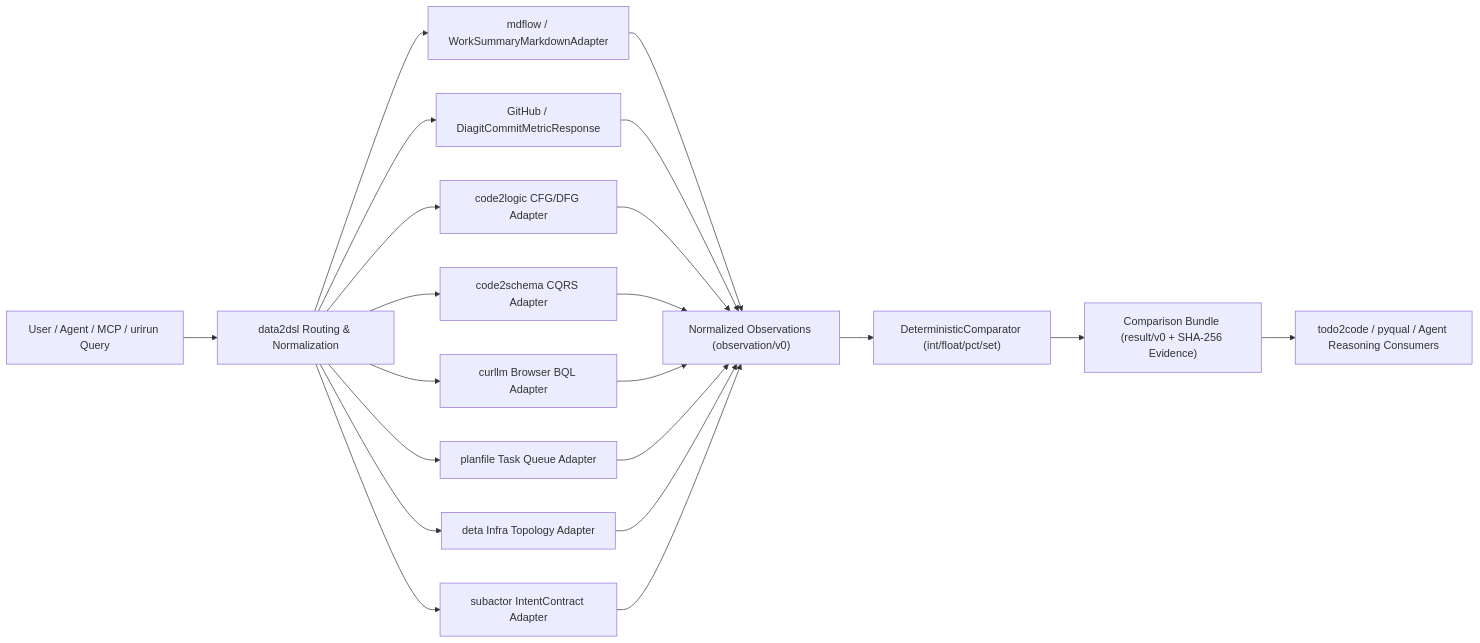
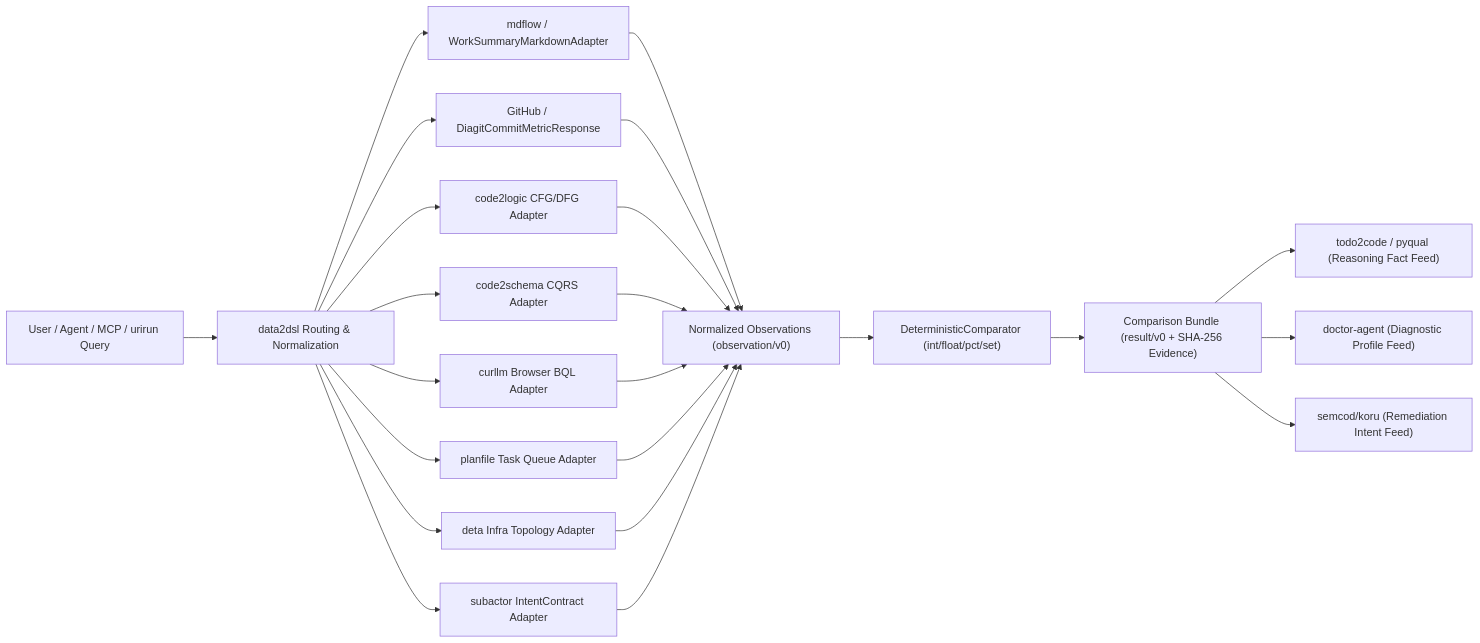
The diagram in docs/CAPABILITY_MAP.md (autogrammar/data2dsl), drawn with Mermaid before and after one commit. The commit also changed other lines of this file and 9 other files, not shown here.

Commit message:
docs(architecture): add ADR-005 and update capability map for agent feeds [ticket-045]

````diff
--- a/docs/CAPABILITY_MAP.md
+++ b/docs/CAPABILITY_MAP.md
@@ -81,26 +84,29 @@
 ```mermaid
 flowchart LR
     Q["User / Agent / MCP / urirun Query"] --> R["data2dsl Routing & Normalization"]
 
     R --> M["mdflow / WorkSummaryMarkdownAdapter"]
     R --> H["GitHub / DiagitCommitMetricResponse"]
     R --> L["code2logic CFG/DFG Adapter"]
     R --> S["code2schema CQRS Adapter"]
     R --> B["curllm Browser BQL Adapter"]
     R --> P["planfile Task Queue Adapter"]
     R --> D["deta Infra Topology Adapter"]
     R --> I["subactor IntentContract Adapter"]
 
     M --> O["Normalized Observations (observation/v0)"]
     H --> O
     L --> O
     S --> O
     B --> O
     P --> O
     D --> O
     I --> O
 
     O --> C["DeterministicComparator (int/float/pct/set)"]
     C --> F["Comparison Bundle (result/v0 + SHA-256 Evidence)"]
-    F --> X["todo2code / pyqual / Agent Reasoning Consumers"]
+
+    F --> X["todo2code / pyqual (Reasoning Fact Feed)"]
+    F --> DOC["doctor-agent (Diagnostic Profile Feed)"]
+    F --> KORU["semcod/koru (Remediation Intent Feed)"]
 ```
````
